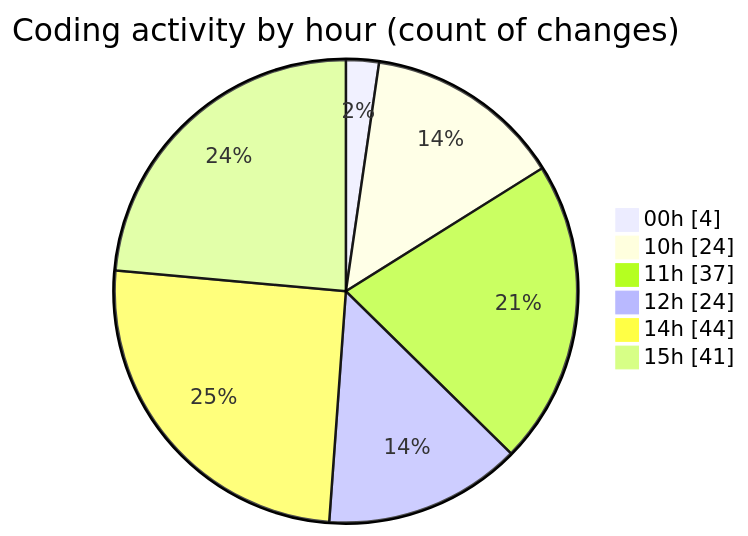
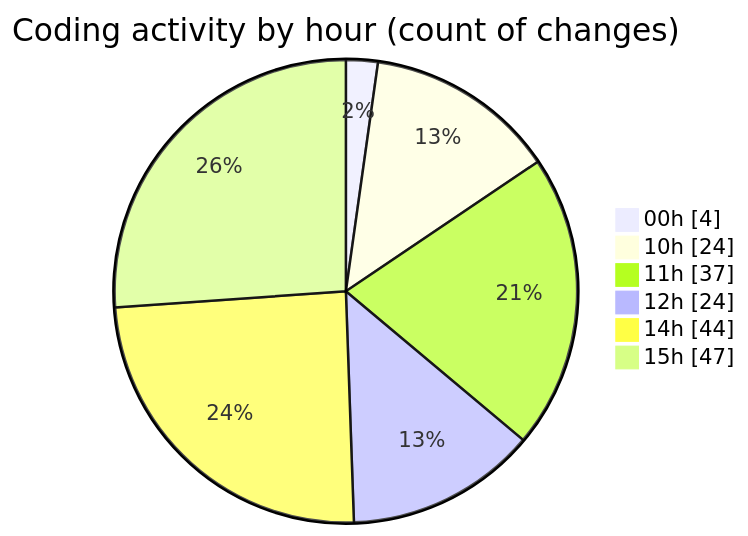
Before and after one commit to Netris89/code-tracking: the second of 2 diagrams in 2025-04-04/back-end/README.md, drawn with Mermaid. The commit also changed other lines of this file and 1 other file, not shown here.

````diff
--- a/2025-04-04/back-end/README.md
+++ b/2025-04-04/back-end/README.md
@@ -50,10 +51,10 @@
 ```mermaid
 pie showData
 title Coding activity by hour (count of changes)
 "00h" : 4
 "10h" : 24
 "11h" : 37
 "12h" : 24
 "14h" : 44
-"15h" : 41
+"15h" : 47
 ```
````
